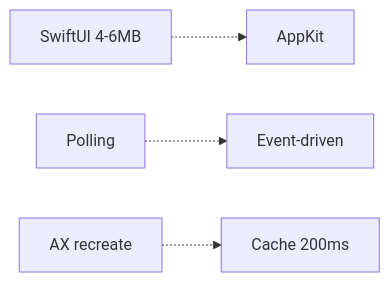
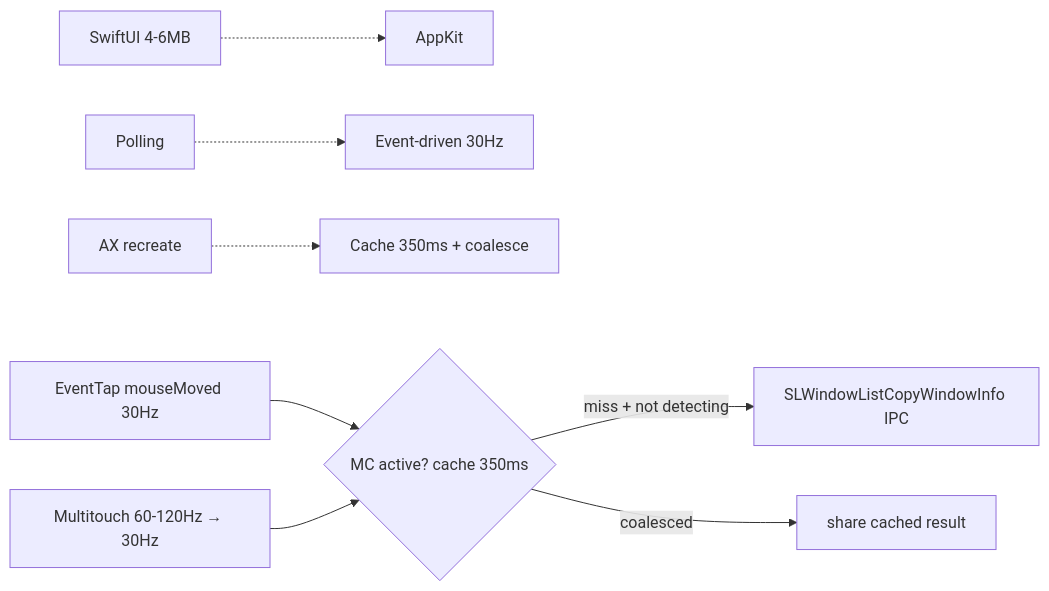
Before and after one commit to ShubhamJ010/MCSC: the diagram in docs/PERFORMANCE.md, drawn with Mermaid. The commit also changed other lines of this file and 6 other files, not shown here.

````diff
--- a/docs/PERFORMANCE.md
+++ b/docs/PERFORMANCE.md
@@ -96,6 +131,10 @@
 ```mermaid
 flowchart LR
   SW[SwiftUI 4-6MB] -.-> AK[AppKit]
-  POLL[Polling] -.-> EVT[Event-driven]
-  AXC[AX recreate] -.-> CACHE[Cache 200ms]
+  POLL[Polling] -.-> EVT[Event-driven 30Hz]
+  AXC[AX recreate] -.-> CACHE[Cache 350ms + coalesce]
+  TAP[EventTap mouseMoved 30Hz] --> MC{MC active? cache 350ms}
+  MT[Multitouch 60-120Hz → 30Hz] --> MC
+  MC -->|miss + not detecting| WS[SLWindowListCopyWindowInfo IPC]
+  MC -->|coalesced| SHR[share cached result]
 ```
````
